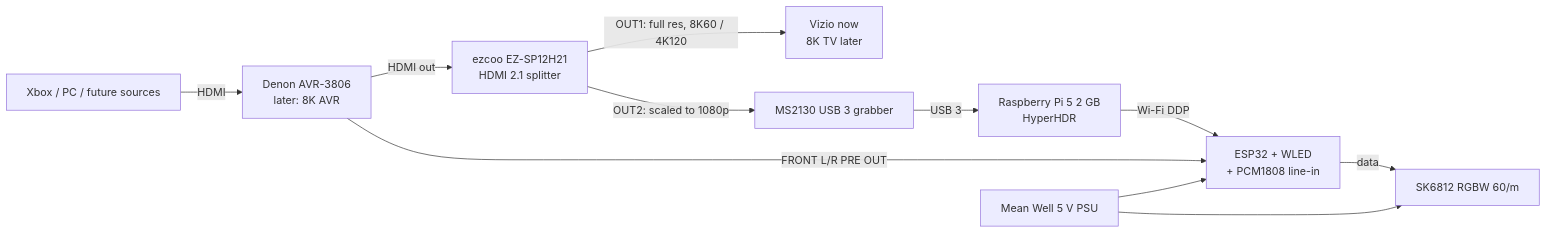
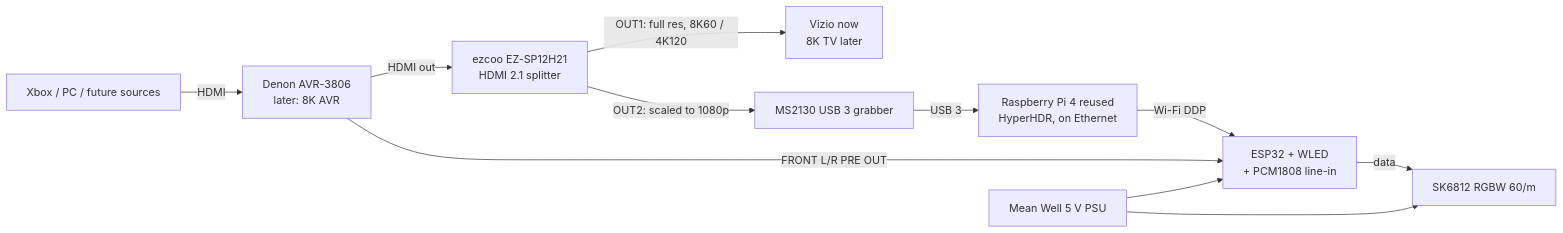
One commit to CamdenThomas/Home changed the diagram in entertainment/light-build/README.md. Above: the diagram before and after it, drawn with Mermaid. The commit also changed other lines of this file, not shown here.

First line of the commit message:
Light build: reuse a Pi 4 as host, add microcontroller requirements and ESP32 vs Teensy

````diff
--- a/entertainment/light-build/README.md
+++ b/entertainment/light-build/README.md
@@ -23,13 +25,13 @@
 ```mermaid
 flowchart LR
     SRC[Xbox / PC / future sources] -- HDMI --> AVR[Denon AVR-3806<br/>later: 8K AVR]
     AVR -- HDMI out --> SP[ezcoo EZ-SP12H21<br/>HDMI 2.1 splitter]
     SP -- "OUT1: full res, 8K60 / 4K120" --> TV[Vizio now<br/>8K TV later]
     SP -- "OUT2: scaled to 1080p" --> CAP[MS2130 USB 3 grabber]
-    CAP -- USB 3 --> HOST[Raspberry Pi 5 2 GB<br/>HyperHDR]
+    CAP -- USB 3 --> HOST[Raspberry Pi 4 reused<br/>HyperHDR, on Ethernet]
     HOST -- "Wi-Fi DDP" --> ESP[ESP32 + WLED<br/>+ PCM1808 line-in]
     AVR -- "FRONT L/R PRE OUT" --> ESP
     ESP -- data --> LED[SK6812 RGBW 60/m]
     PSU[Mean Well 5 V PSU] --> LED
     PSU --> ESP
 ```
````
